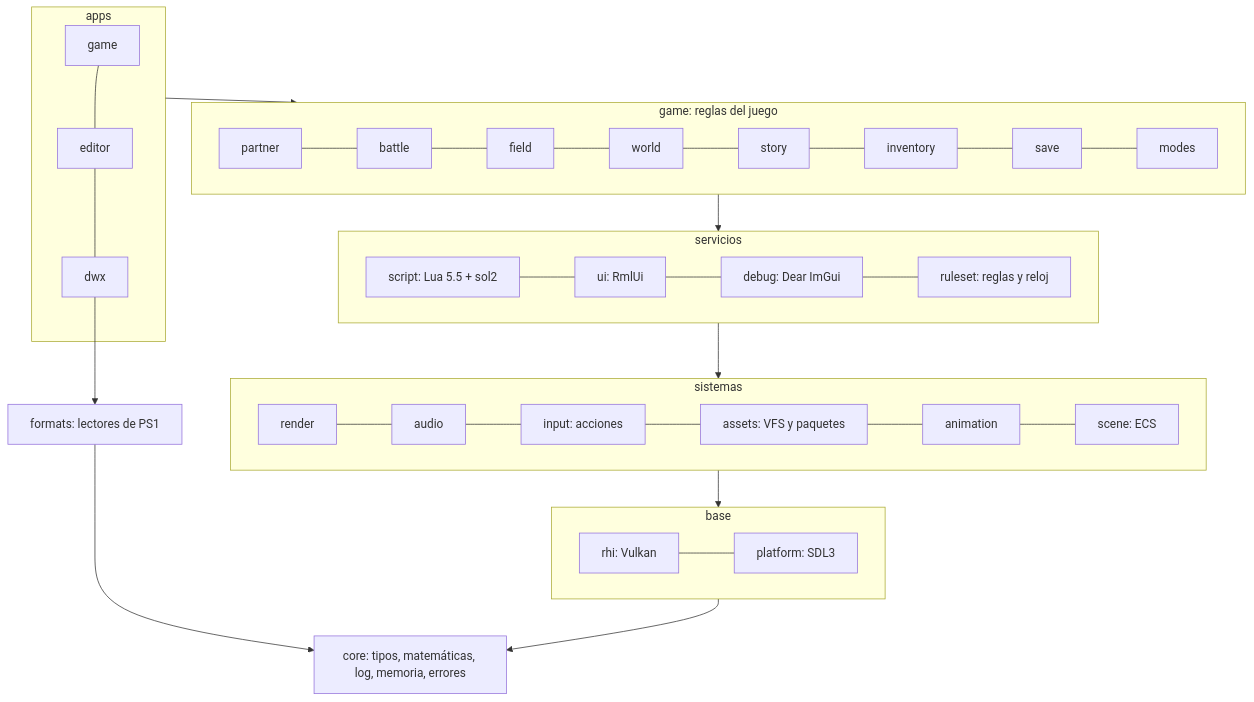
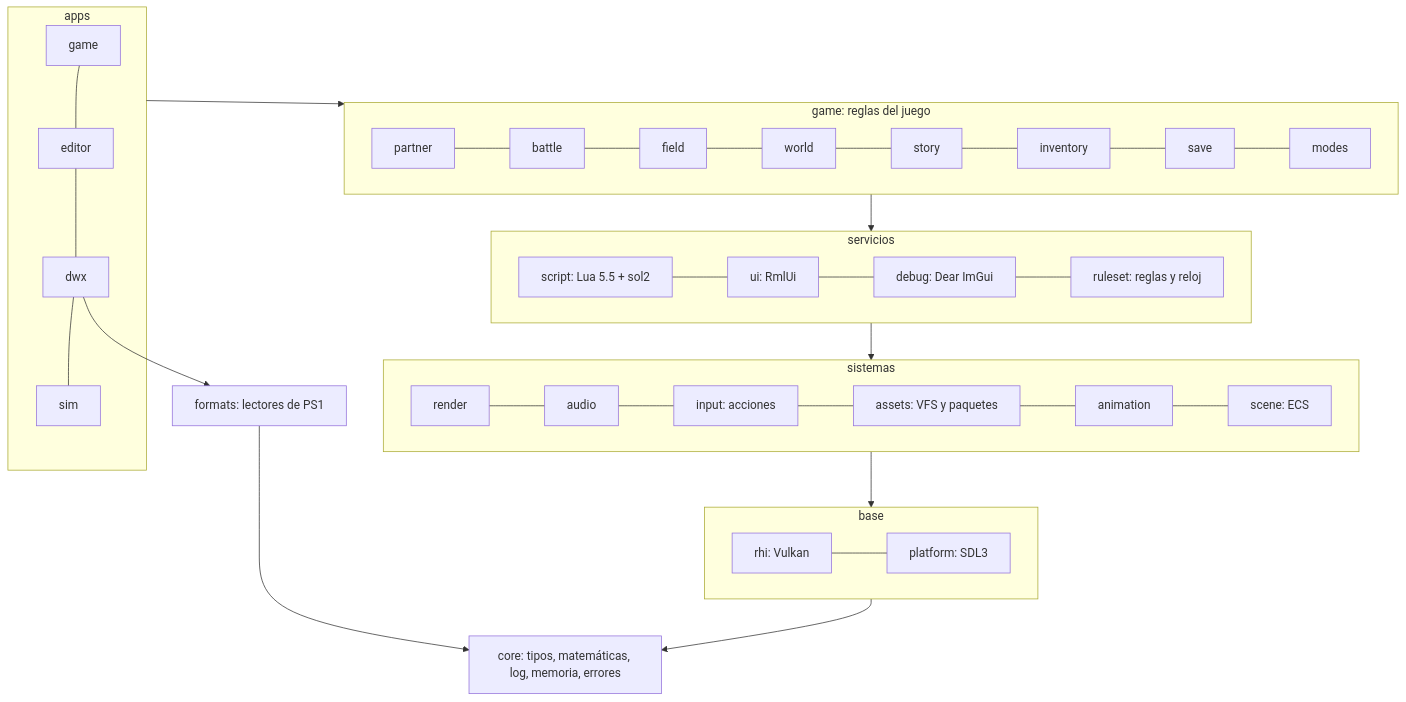
Before and after one commit to Indie-Modding-Games/dw-engine: the second of 2 diagrams in docs/architecture/overview.md, drawn with Mermaid. The commit also changed other lines of this file and 29 other files, not shown here.

````diff
--- a/docs/architecture/overview.md
+++ b/docs/architecture/overview.md
@@ -48,23 +49,23 @@
 ```mermaid
 flowchart TB
     subgraph apps[apps]
-        game_app[game] --- editor[editor] --- dwx[dwx]
+        game_app[game] --- editor[editor] --- dwx[dwx] --- sim[sim]
     end
     subgraph gameplay[game: reglas del juego]
         partner --- battle --- field --- world --- story --- inventory --- save --- modes
     end
     subgraph services[servicios]
         script[script: Lua 5.5 + sol2] --- ui[ui: RmlUi] --- debug[debug: Dear ImGui] --- ruleset[ruleset: reglas y reloj]
     end
     subgraph systems[sistemas]
         render --- audio --- input[input: acciones] --- assets[assets: VFS y paquetes] --- animation --- scene[scene: ECS]
     end
     subgraph base[base]
         rhi[rhi: Vulkan] --- platform[platform: SDL3]
     end
     core[core: tipos, matemáticas, log, memoria, errores]
     formats[formats: lectores de PS1]
 
     apps --> gameplay --> services --> systems --> base --> core
     dwx --> formats --> core
 ```
````
